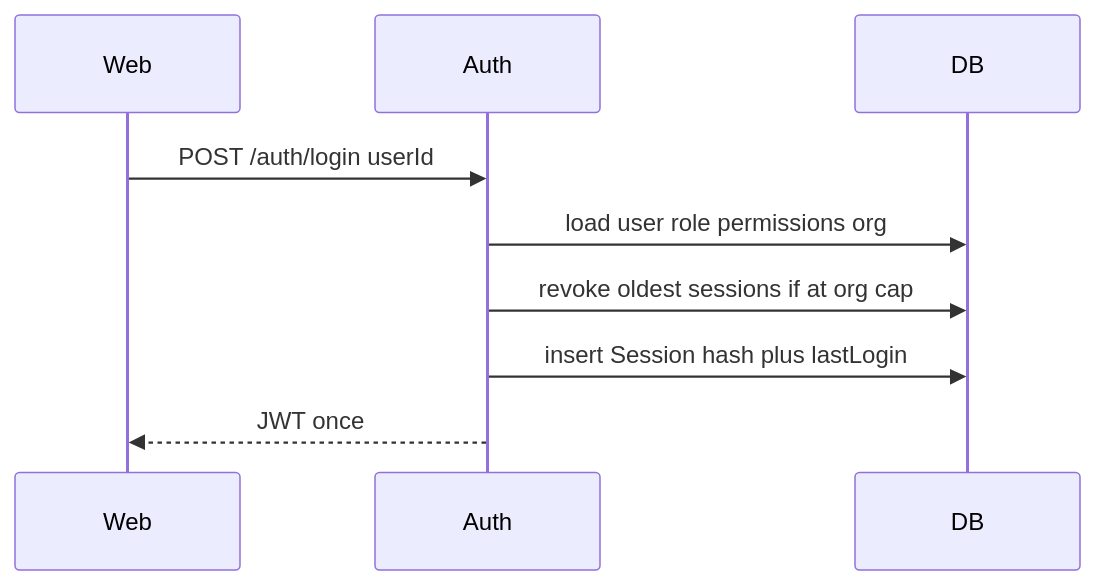
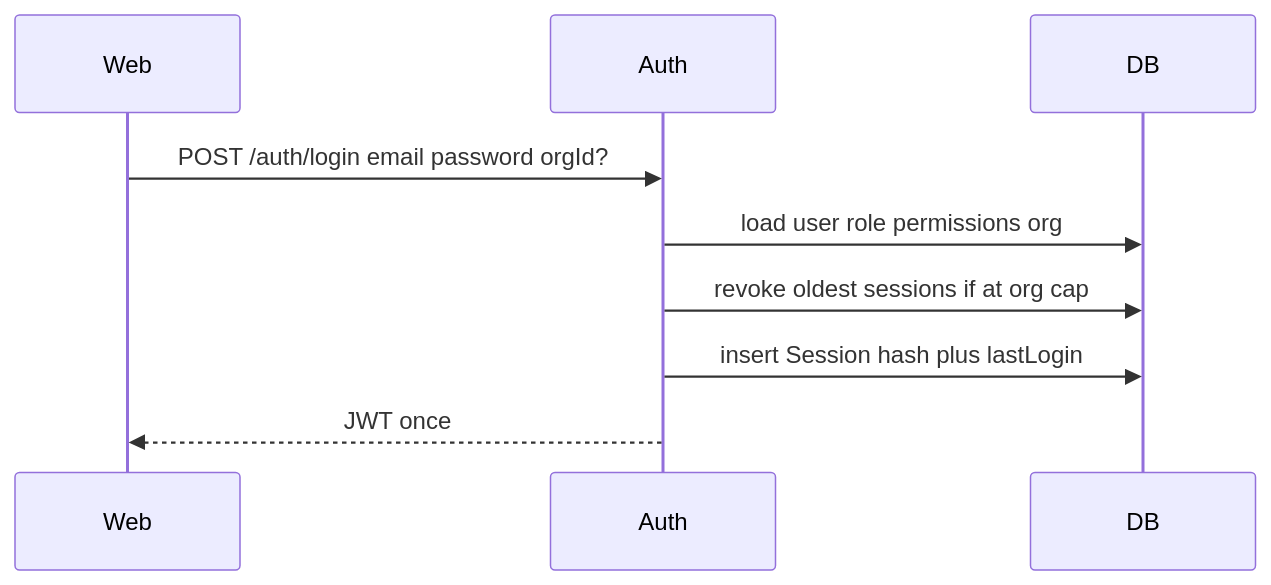
One commit to mashaole/multitenant changed the second of 8 diagrams in docs/flows.md. Above: the diagram before and after it, drawn with Mermaid. The commit also changed 5 other files, not shown here.

First line of the commit message:
docs: record email-password login, skills, and rules

````diff
--- a/docs/flows.md
+++ b/docs/flows.md
@@ -46,11 +46,11 @@
 ```mermaid
 sequenceDiagram
   participant Web
   participant Auth
   participant DB
-  Web->>Auth: POST /auth/login userId
+  Web->>Auth: POST /auth/login email password orgId?
   Auth->>DB: load user role permissions org
   Auth->>DB: revoke oldest sessions if at org cap
   Auth->>DB: insert Session hash plus lastLogin
   Auth-->>Web: JWT once
 ```
````
